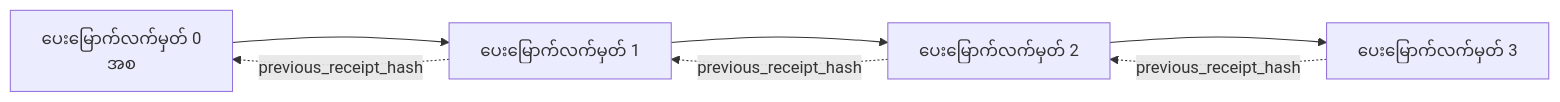
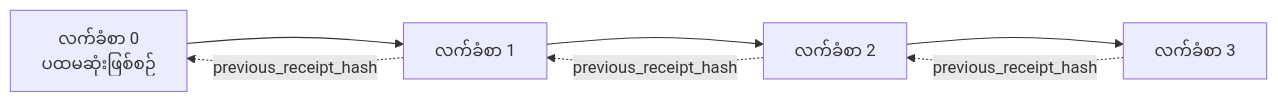
Before and after one commit to gabrielmoreira/agent-skills-mirror: the second of 2 diagrams in mirrors/repos/microsoft@ai-agents-for-beginners/translations/my/18-securing-ai-agents/README.md, drawn with Mermaid. The commit also changed other lines of this file and 4262 other files, not shown here.

````diff
--- a/mirrors/repos/microsoft@ai-agents-for-beginners/translations/my/18-securing-ai-agents/README.md
+++ b/mirrors/repos/microsoft@ai-agents-for-beginners/translations/my/18-securing-ai-agents/README.md
@@ -206,9 +203,9 @@
 ```mermaid
 flowchart LR
-    R0[ပေးမြောက်လက်မှတ် 0<br/>အစ] --> R1[ပေးမြောက်လက်မှတ် 1]
-    R1 --> R2[ပေးမြောက်လက်မှတ် 2]
-    R2 --> R3[ပေးမြောက်လက်မှတ် 3]
+    R0[လက်ခံစာ 0<br/>ပထမဆုံးဖြစ်စဉ်] --> R1[လက်ခံစာ 1]
+    R1 --> R2[လက်ခံစာ 2]
+    R2 --> R3[လက်ခံစာ 3]
     R1 -. previous_receipt_hash .-> R0
     R2 -. previous_receipt_hash .-> R1
     R3 -. previous_receipt_hash .-> R2
 ```
````
